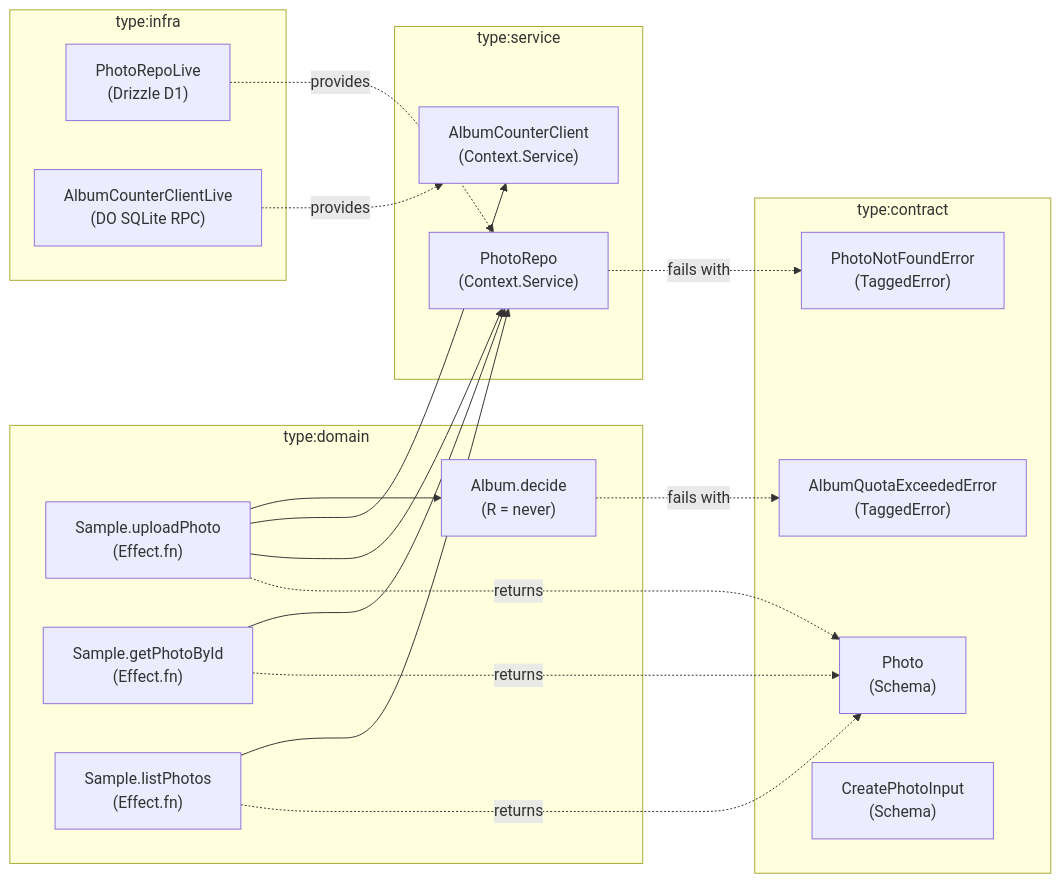
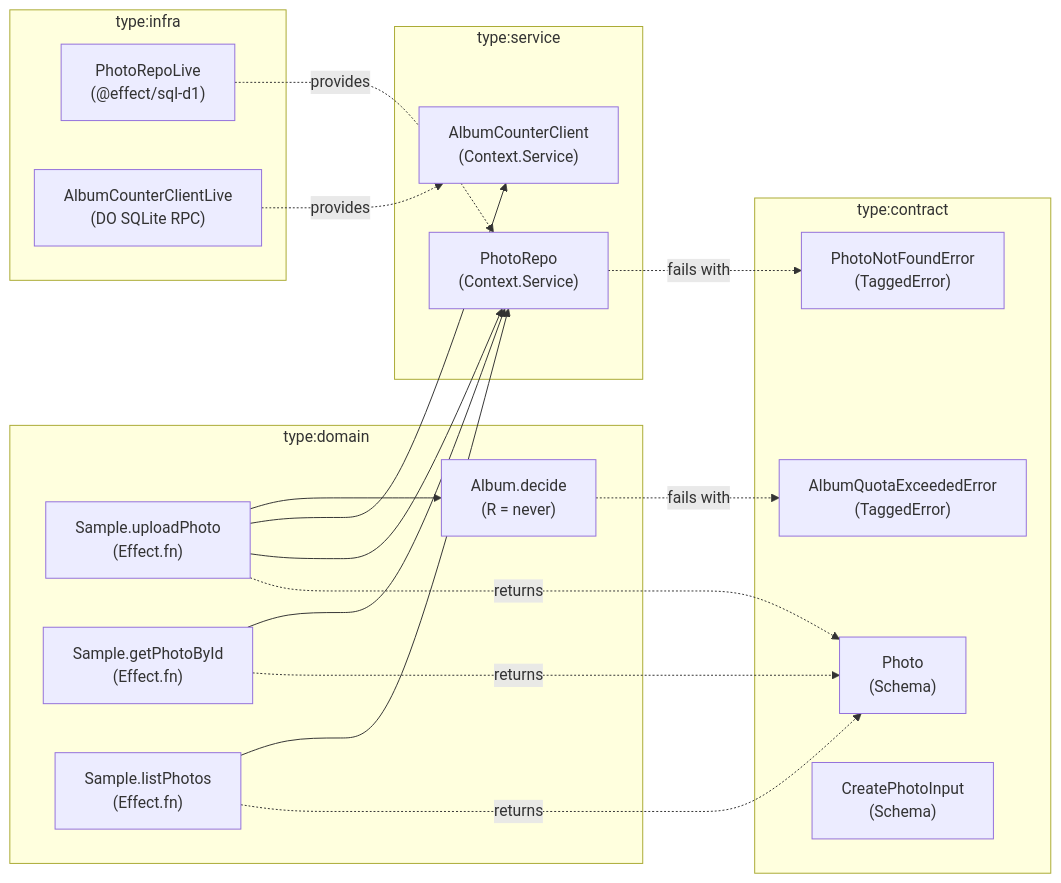
Before and after one commit to selmeci/effect-ts-harness: the diagram in libs/sample/docs/specs/2026-10-25-sample-photo-gallery.md, drawn with Mermaid. The commit also changed 323 other files, not shown here.

First line of the commit message:
feat(harness): close five-tier hexagonal Effect v4 architecture (#28)

````diff
--- a/libs/sample/docs/specs/2026-10-25-sample-photo-gallery.md
+++ b/libs/sample/docs/specs/2026-10-25-sample-photo-gallery.md
@@ -99,41 +99,41 @@
 ```mermaid
 flowchart LR
     subgraph "type:contract"
         E_NotFound["PhotoNotFoundError<br/>(TaggedError)"]
         E_Quota["AlbumQuotaExceededError<br/>(TaggedError)"]
         S_Photo["Photo<br/>(Schema)"]
         S_Input["CreatePhotoInput<br/>(Schema)"]
     end
 
     subgraph "type:service"
         SVC_Repo["PhotoRepo<br/>(Context.Service)"]
         SVC_Counter["AlbumCounterClient<br/>(Context.Service)"]
     end
 
     subgraph "type:domain"
         DEC_Quota["Album.decide<br/>(R = never)"]
         UC_Upload["Sample.uploadPhoto<br/>(Effect.fn)"]
         UC_Get["Sample.getPhotoById<br/>(Effect.fn)"]
         UC_List["Sample.listPhotos<br/>(Effect.fn)"]
     end
 
     subgraph "type:infra"
-        INF_Repo["PhotoRepoLive<br/>(Drizzle D1)"]
+        INF_Repo["PhotoRepoLive<br/>(@effect/sql-d1)"]
         INF_Counter["AlbumCounterClientLive<br/>(DO SQLite RPC)"]
     end
 
     UC_Upload --> DEC_Quota
     UC_Upload --> SVC_Counter
     UC_Upload --> SVC_Repo
     DEC_Quota -. "fails with" .-> E_Quota
     UC_Get --> SVC_Repo
     SVC_Repo -. "fails with" .-> E_NotFound
     UC_List --> SVC_Repo
 
     INF_Repo -. "provides" .-> SVC_Repo
     INF_Counter -. "provides" .-> SVC_Counter
 
     UC_Upload -. "returns" .-> S_Photo
     UC_Get -. "returns" .-> S_Photo
     UC_List -. "returns" .-> S_Photo
 ```
````
